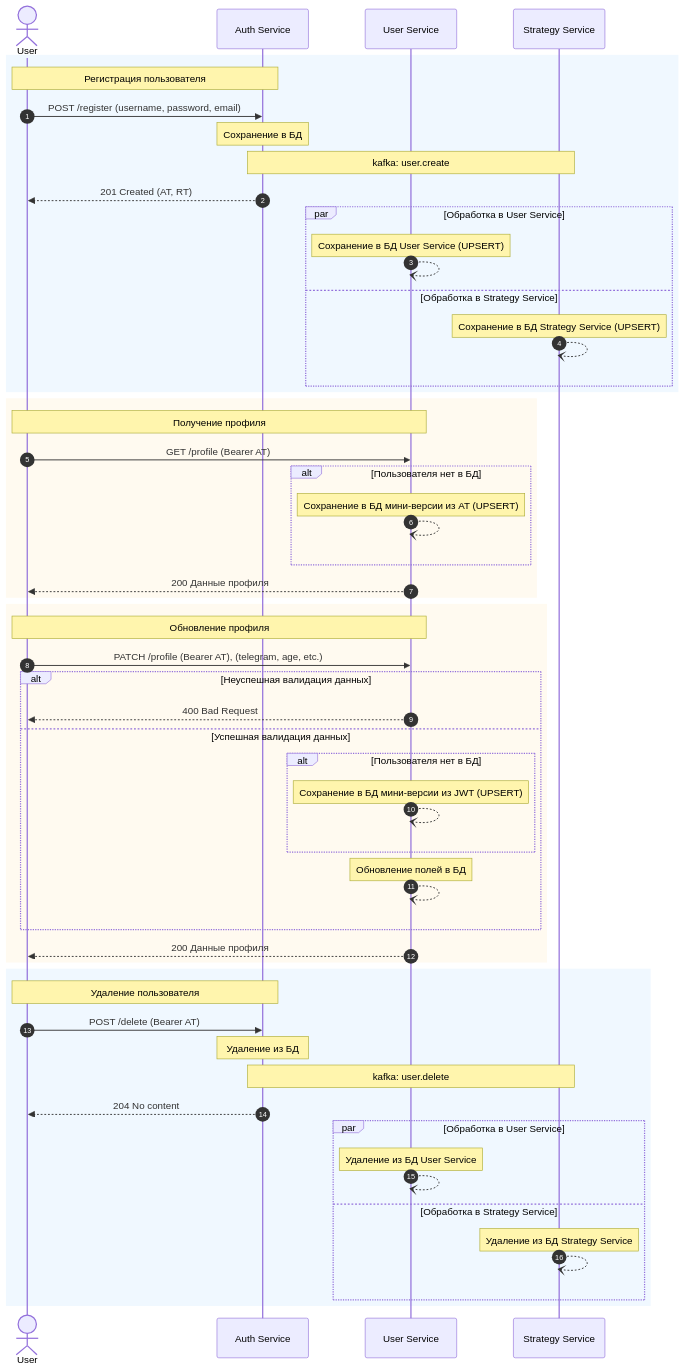
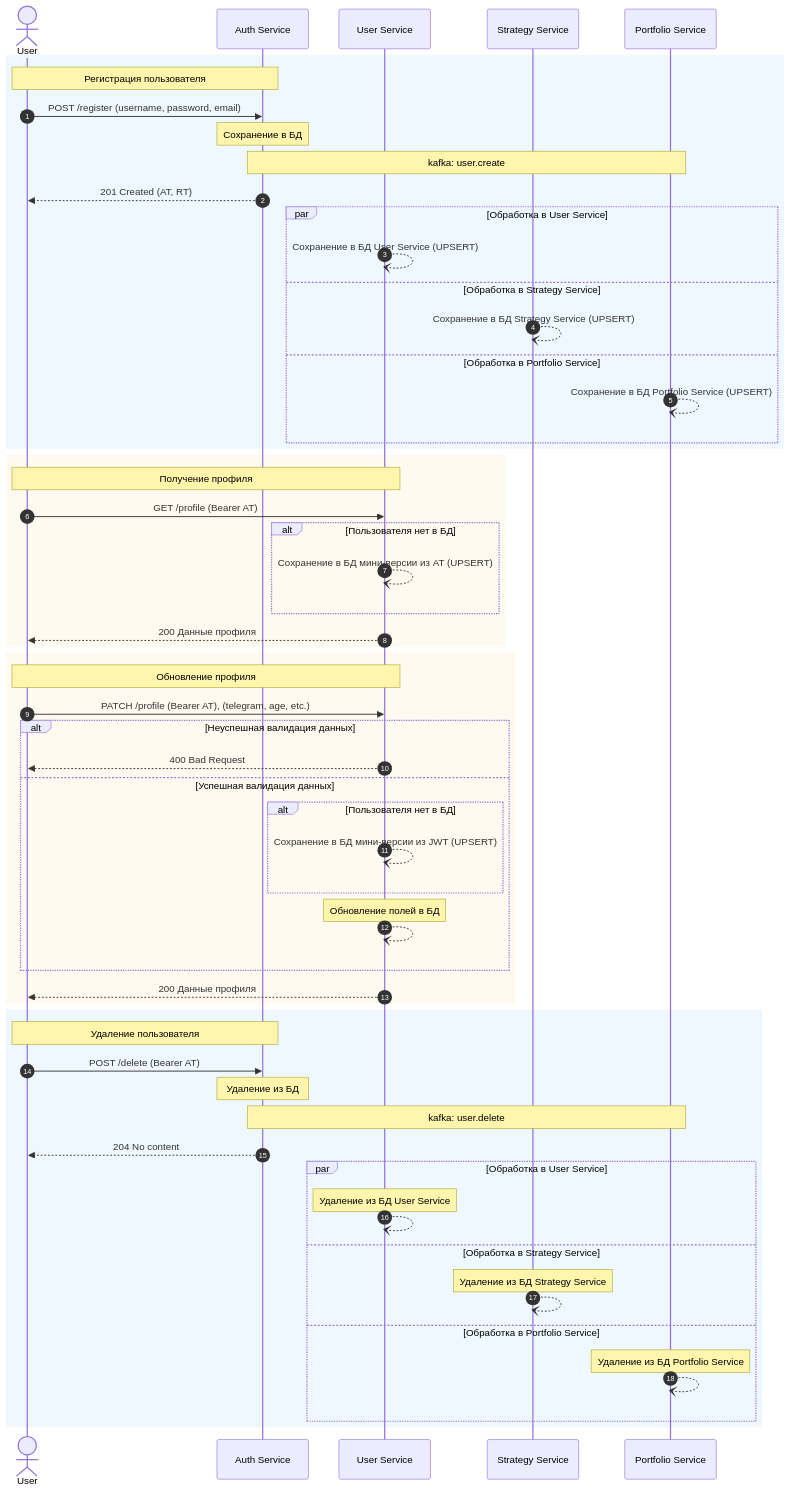
Before and after one commit to cianoid/otus-msa: the diagram in docs/sequence-registration.mermaid, drawn with Mermaid. The commit also changed 2 other files, not shown here.

```diff
--- a/docs/sequence-registration.mermaid
+++ b/docs/sequence-registration.mermaid
@@ -1,70 +1,72 @@
 sequenceDiagram
     autonumber
     actor User
     participant AuthApp as Auth Service
     participant UserApp as User Service
     participant StrategyApp as Strategy Service
+    participant PortfolioApp as Portfolio Service
 
     rect rgb(240, 248, 255)
         Note over User, AuthApp: Регистрация пользователя
         User->>AuthApp: POST /register (username, password, email)
         Note over AuthApp: Сохранение в БД
 
-        Note over AuthApp, StrategyApp: kafka: user.create
+        Note over AuthApp, PortfolioApp: kafka: user.create
         AuthApp-->>User: 201 Created (AT, RT)
 
         par Обработка в User Service
-            Note over UserApp: Сохранение в БД User Service (UPSERT)
-            UserApp--)UserApp:
+            UserApp--)UserApp: Сохранение в БД User Service (UPSERT)
         and Обработка в Strategy Service
-        Note over StrategyApp: Сохранение в БД Strategy Service (UPSERT)
-            StrategyApp--)StrategyApp:
+            StrategyApp--)StrategyApp: Сохранение в БД Strategy Service (UPSERT)
+        and Обработка в Portfolio Service
+            PortfolioApp--)PortfolioApp: Сохранение в БД Portfolio Service (UPSERT)
         end
     end
 
     rect rgb(255, 250, 240)
         Note over User, UserApp: Получение профиля
 
         User->>UserApp: GET /profile (Bearer AT)
         alt Пользователя нет в БД
-            Note over UserApp: Сохранение в БД мини-версии из AT (UPSERT)
-            UserApp--)UserApp:
+            UserApp--)UserApp: Сохранение в БД мини-версии из AT (UPSERT)
         end
         UserApp-->>User: 200 Данные профиля
 
     end
 
     rect rgb(255, 250, 240)
         Note over User, UserApp: Обновление профиля
 
         User->>UserApp: PATCH /profile (Bearer AT), (telegram, age, etc.)
 
         alt Неуспешная валидация данных
             UserApp-->>User: 400 Bad Request
         else Успешная валидация данных
             alt Пользователя нет в БД
-                Note over UserApp: Сохранение в БД мини-версии из JWT (UPSERT)
-                UserApp--)UserApp:
+                UserApp--)UserApp: Сохранение в БД мини-версии из JWT (UPSERT)
             end
             Note over UserApp: Обновление полей в БД
             UserApp--)UserApp:
         end
         UserApp-->>User: 200 Данные профиля
     end
 
     rect rgb(240, 248, 255)
         Note over User, AuthApp: Удаление пользователя
         User->>AuthApp: POST /delete (Bearer AT)
         Note over AuthApp: Удаление из БД
 
-        Note over AuthApp, StrategyApp: kafka: user.delete
+        Note over AuthApp, PortfolioApp: kafka: user.delete
         AuthApp-->>User: 204 No content
 
         par Обработка в User Service
             Note over UserApp: Удаление из БД User Service
             UserApp--)UserApp:
         and Обработка в Strategy Service
-        Note over StrategyApp: Удаление из БД Strategy Service
+            Note over StrategyApp: Удаление из БД Strategy Service
             StrategyApp--)StrategyApp:
+        and Обработка в Portfolio Service
+            Note over PortfolioApp: Удаление из БД Portfolio Service
+            PortfolioApp--)PortfolioApp:
         end
     end
```
